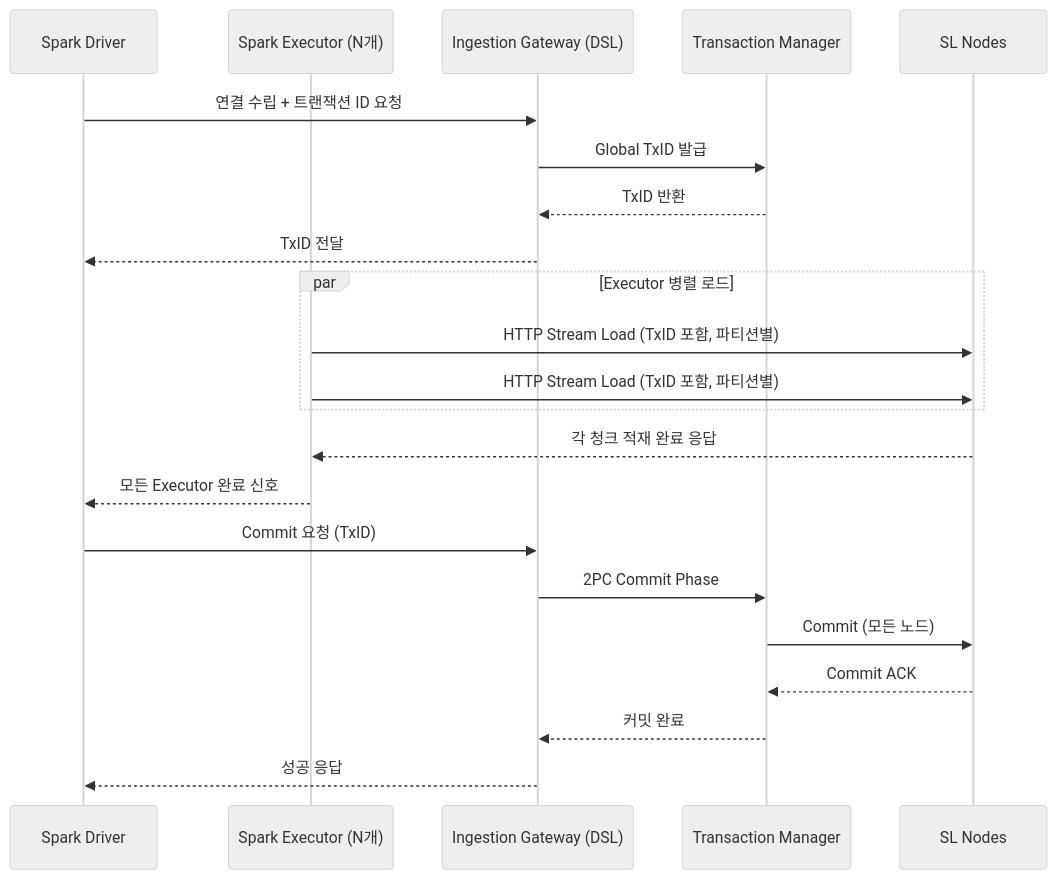
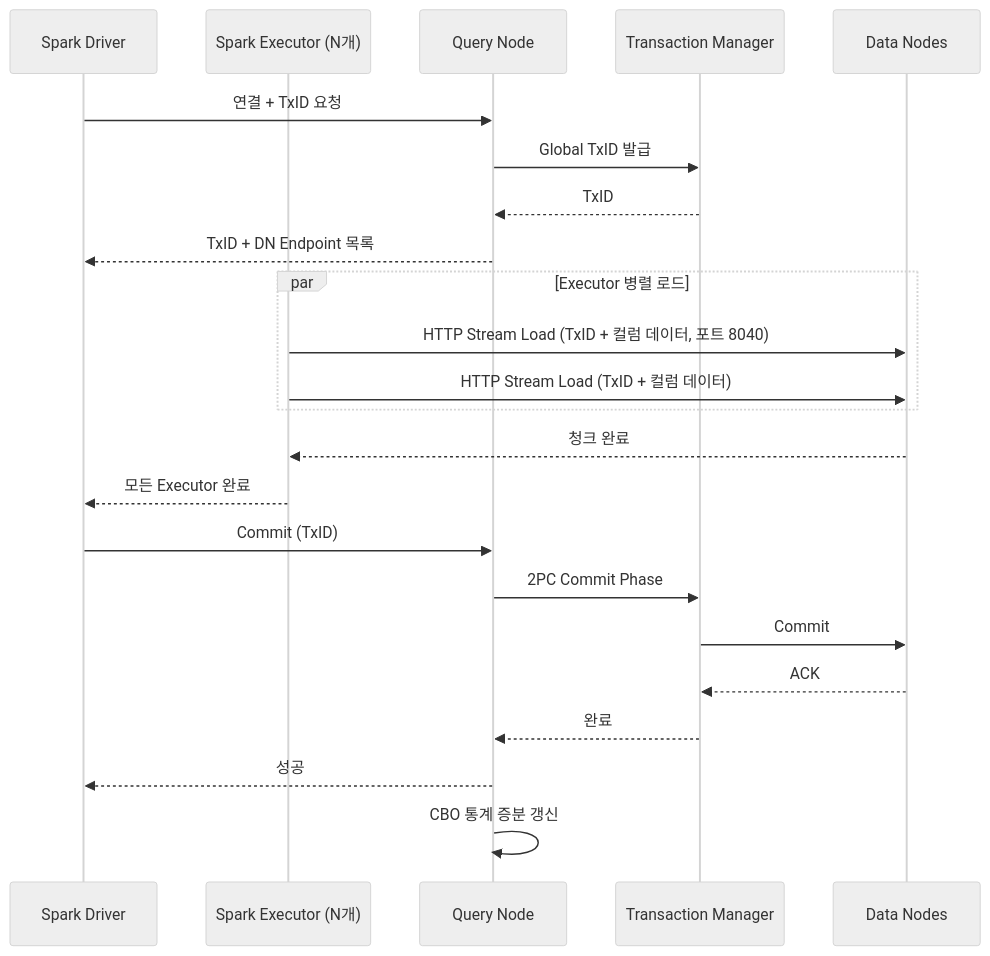
The fourth of 7 diagrams in specification/srs.md (moweonlee/wow-db), drawn with Mermaid (neutral theme) before and after one commit. The commit also changed other lines of this file and 30 other files, not shown here.

````diff
--- a/specification/srs.md
+++ b/specification/srs.md
@@ -308,28 +466,26 @@
 ```mermaid
 sequenceDiagram
     participant SP as Spark Driver
-    participant SC as Spark Executor (N개)
-    participant IG as Ingestion Gateway (DSL)
+    participant SE as Spark Executor (N개)
+    participant QN as Query Node
     participant TX as Transaction Manager
-    participant SL as SL Nodes
+    participant DN as Data Nodes
 
-    SP->>IG: 연결 수립 + 트랜잭션 ID 요청
-    IG->>TX: Global TxID 발급
-    TX-->>IG: TxID 반환
-    IG-->>SP: TxID 전달
-
+    SP->>QN: 연결 + TxID 요청
+    QN->>TX: Global TxID 발급
+    TX-->>QN: TxID
+    QN-->>SP: TxID + DN Endpoint 목록
     par Executor 병렬 로드
-        SC->>SL: HTTP Stream Load (TxID 포함, 파티션별)
-        SC->>SL: HTTP Stream Load (TxID 포함, 파티션별)
+        SE->>DN: HTTP Stream Load (TxID + 컬럼 데이터, 포트 8040)
+        SE->>DN: HTTP Stream Load (TxID + 컬럼 데이터)
     end
-
-    SL-->>SC: 각 청크 적재 완료 응답
-    SC-->>SP: 모든 Executor 완료 신호
-
-    SP->>IG: Commit 요청 (TxID)
-    IG->>TX: 2PC Commit Phase
-    TX->>SL: Commit (모든 노드)
-    SL-->>TX: Commit ACK
-    TX-->>IG: 커밋 완료
-    IG-->>SP: 성공 응답
+    DN-->>SE: 청크 완료
+    SE-->>SP: 모든 Executor 완료
+    SP->>QN: Commit (TxID)
+    QN->>TX: 2PC Commit Phase
+    TX->>DN: Commit
+    DN-->>TX: ACK
+    TX-->>QN: 완료
+    QN-->>SP: 성공
+    QN->>QN: CBO 통계 증분 갱신
 ```
````
